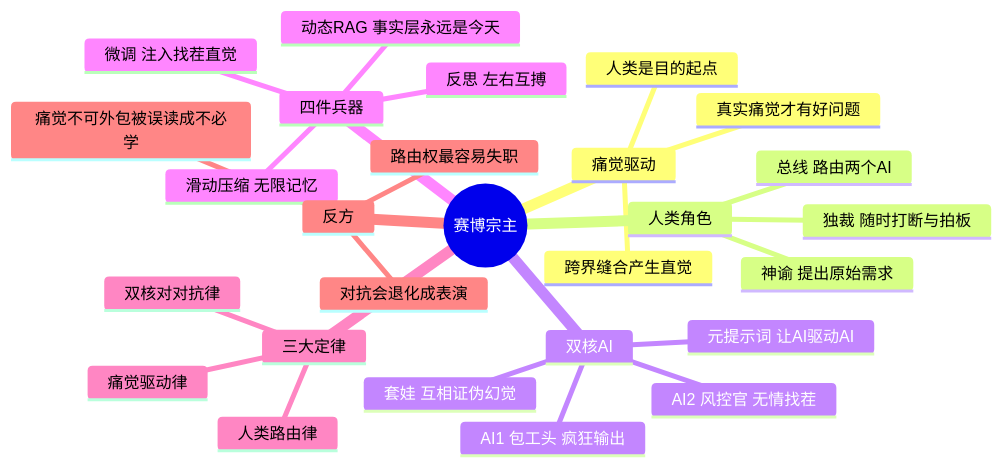
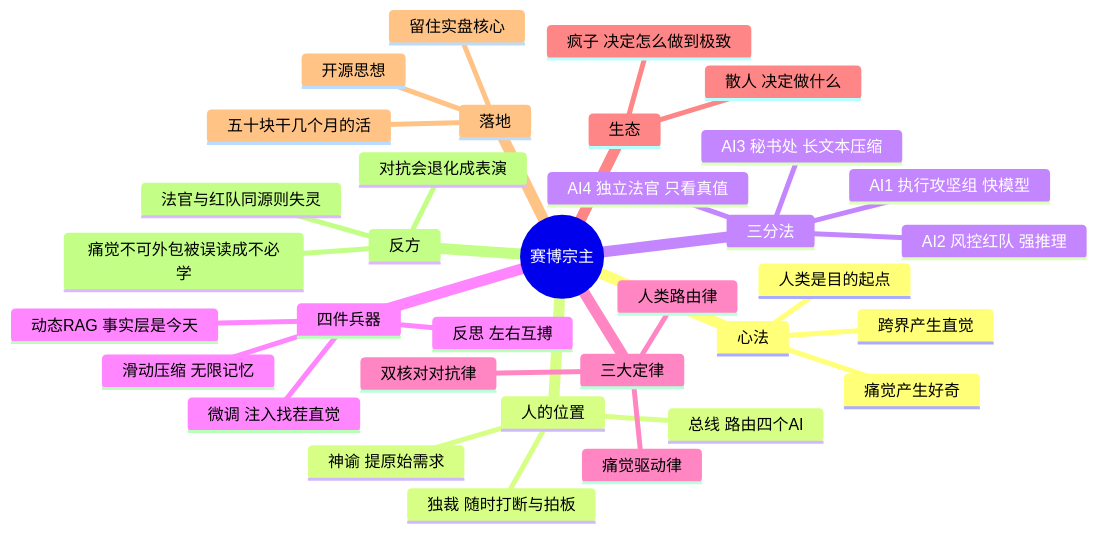
One commit to awa21212/assembly-era-methodology changed the diagram in README.md. Above: the diagram before and after it, drawn with Mermaid. The commit also changed other lines of this file and 2 other files, not shown here.

````diff
--- a/README.md
+++ b/README.md
@@ -15,30 +13,37 @@
 ```mermaid
 mindmap
   root((赛博宗主))
-    痛觉驱动
-      真实痛觉才有好问题
-      跨界缝合产生直觉
+    心法
+      痛觉产生好奇
+      跨界产生直觉
       人类是目的起点
-    人类角色
-      神谕 提出原始需求
-      总线 路由两个AI
+    人的位置
+      神谕 提原始需求
+      总线 路由四个AI
       独裁 随时打断与拍板
-    双核AI
-      AI1 包工头 疯狂输出
-      AI2 风控官 无情找茬
-      元提示词 让AI驱动AI
-      套娃 互相证伪幻觉
+    三分法
+      AI1 执行攻坚组 快模型
+      AI2 风控红队 强推理
+      AI3 秘书处 长文本压缩
+      AI4 独立法官 只看真值
     四件兵器
       微调 注入找茬直觉
       滑动压缩 无限记忆
-      动态RAG 事实层永远是今天
+      动态RAG 事实层是今天
       反思 左右互搏
     三大定律
       痛觉驱动律
       双核对对抗律
       人类路由律
+    生态
+      散人 决定做什么
+      疯子 决定怎么做到极致
+    落地
+      开源思想
+      留住实盘核心
+      五十块干几个月的活
     反方
       痛觉不可外包被误读成不必学
       对抗会退化成表演
-      路由权最容易失职
+      法官与红队同源则失灵
 ```
````
